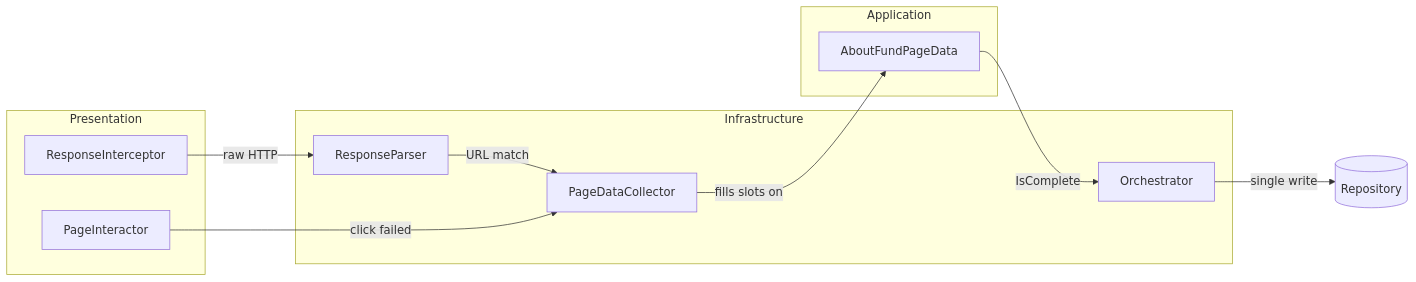
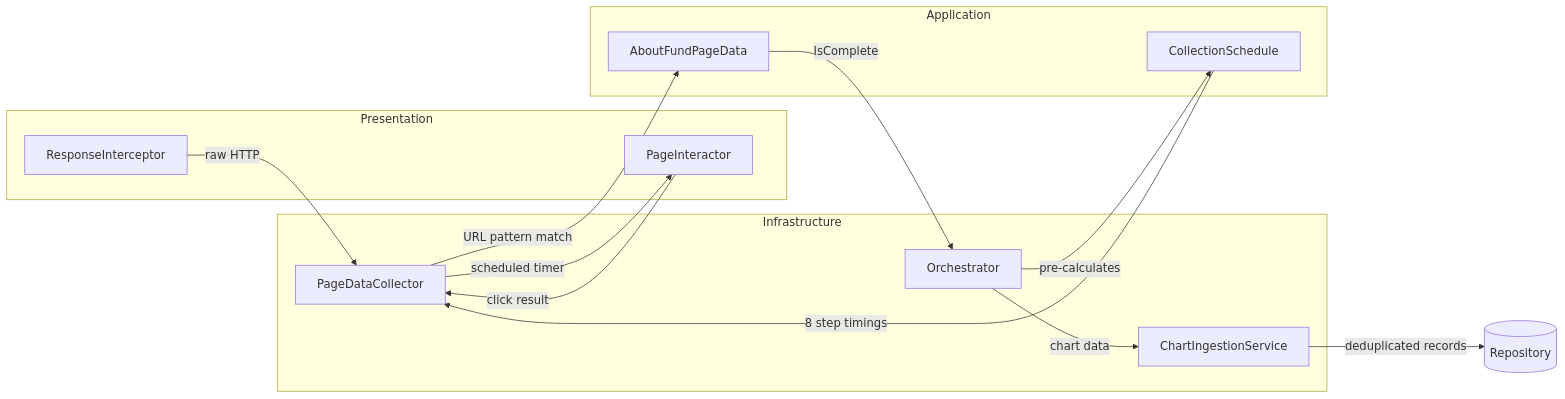
One commit to Muhomorik/SemanticKernel-FundDocsQnA-dotnet-nextjs changed the sixth of 7 diagrams in YieldRaccoon/README.md. Above: the diagram before and after it, drawn with Mermaid. The commit also changed other lines of this file and 102 other files, not shown here.

Commit message:
Remove `AboutFundEventViewModel` and related services, replacing them with a new ingestion pipeline for chart data. Include AC-layer models, resilient deserialization for malformed API responses, and unit test coverage.

````diff
--- a/YieldRaccoon/README.md
+++ b/YieldRaccoon/README.md
@@ -403,24 +465,28 @@
 ```mermaid
 flowchart LR
     subgraph Presentation
         Int[ResponseInterceptor]
         PI[PageInteractor]
     end
 
     subgraph Infrastructure
-        Parser[ResponseParser]
         Col[PageDataCollector]
         Orc[Orchestrator]
+        Ingest[ChartIngestionService]
     end
 
     subgraph Application
         PD[AboutFundPageData]
+        Sched[CollectionSchedule]
     end
 
-    Int -->|raw HTTP| Parser
-    Parser -->|URL match| Col
-    PI -->|click failed| Col
-    Col -->|fills slots on| PD
+    Orc -->|pre-calculates| Sched
+    Sched -->|8 step timings| Col
+    Col -->|scheduled timer| PI
+    PI -->|click result| Col
+    Int -->|raw HTTP| Col
+    Col -->|URL pattern match| PD
     PD -->|IsComplete| Orc
-    Orc -->|single write| DB[(Repository)]
+    Orc -->|chart data| Ingest
+    Ingest -->|deduplicated records| DB[(Repository)]
 ```
````
